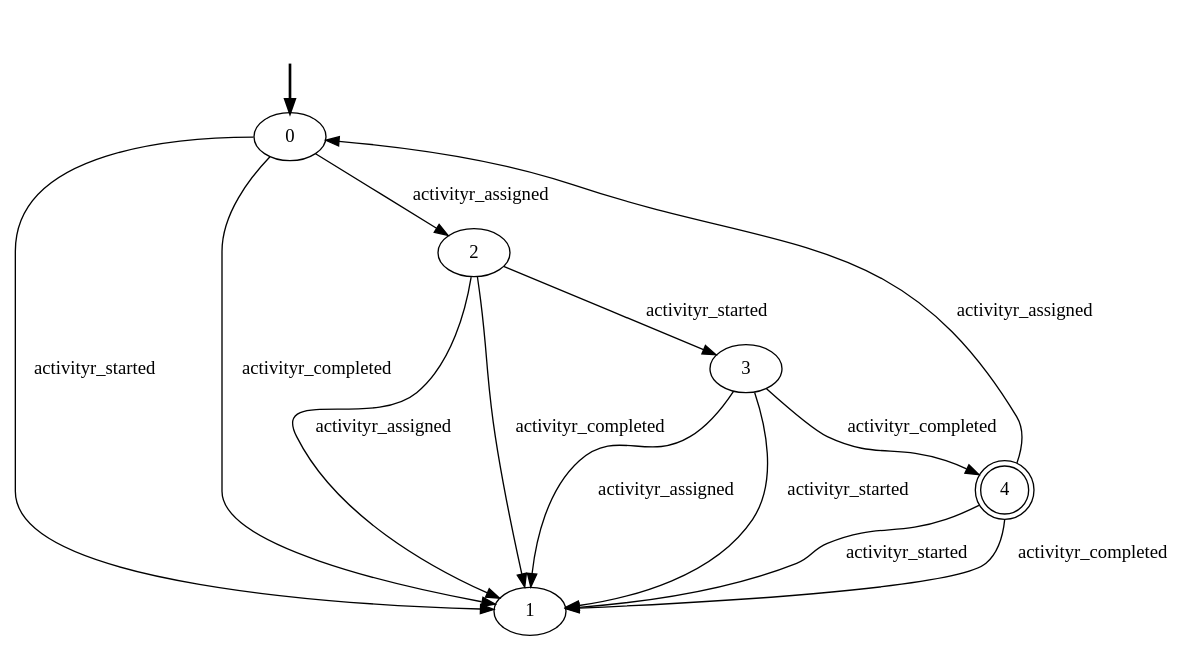
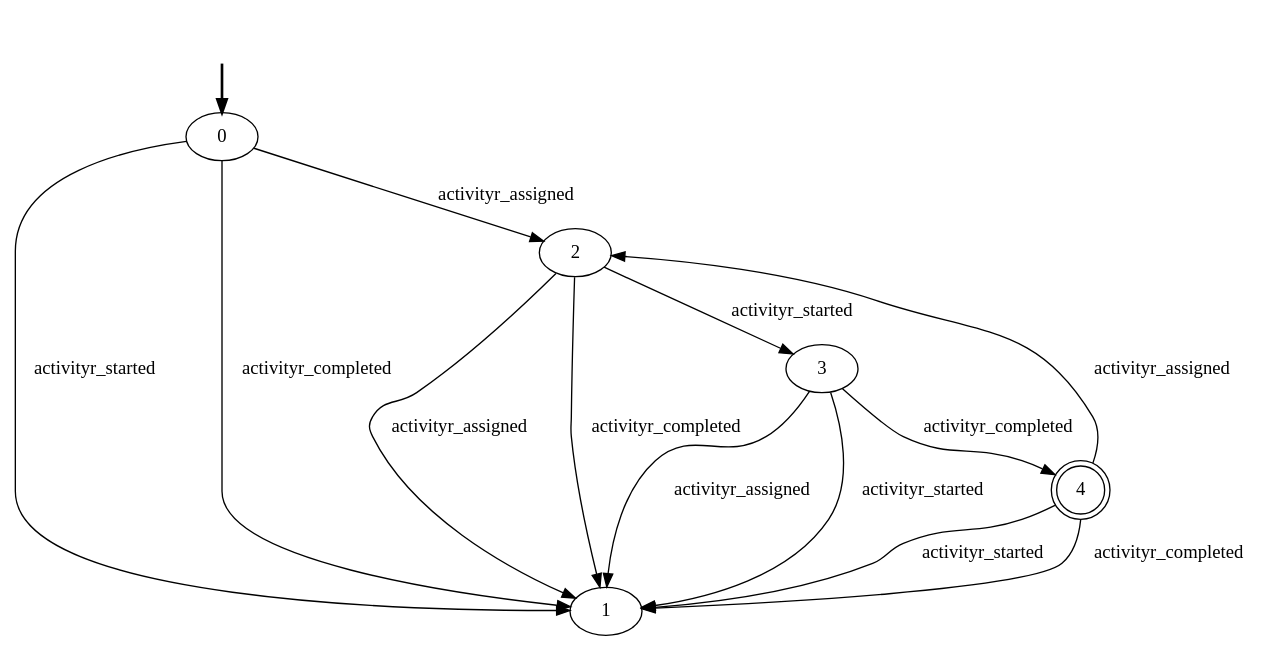
One commit to GianmarcoBordin/pddlTranslator changed the diagram in out/production/Aligner/declarative-models/Data-Aware/5-CONSTRAINTS/activityr_lifecycle.dot. Above: the diagram before and after it, drawn with Graphviz. The commit also changed 78 other files, not shown here.

```diff
--- a/out/production/Aligner/declarative-models/Data-Aware/5-CONSTRAINTS/activityr_lifecycle.dot
+++ b/out/production/Aligner/declarative-models/Data-Aware/5-CONSTRAINTS/activityr_lifecycle.dot
@@ -1,21 +1,21 @@
 digraph {
-  fake0 [style=invisible]
-  0 [root=true]
-  2
-  3
-  4 [shape=doublecircle]
-  1
-  fake0 -> 0 [style=bold]
-  0 -> 2 [label=activityr_assigned]
-  2 -> 3 [label=activityr_started]
-  3 -> 4 [label=activityr_completed]
-  4 -> 0 [label=activityr_assigned]
-  3 -> 1 [label=activityr_assigned]
-  3 -> 1 [label=activityr_started]
-  4 -> 1 [label=activityr_started]
-  4 -> 1 [label=activityr_completed]
-  2 -> 1 [label=activityr_assigned]
-  2 -> 1 [label=activityr_completed]
-  0 -> 1 [label=activityr_started]
-  0 -> 1 [label=activityr_completed]
+		fake0 [style=invisible]
+		0 [root=true]
+		1
+		2
+		3
+		4 [shape=doublecircle]
+		fake0 -> 0 [style=bold]
+		2 -> 1 [label=activityr_assigned]
+		2 -> 3 [label=activityr_started]
+		2 -> 1 [label=activityr_completed]
+		3 -> 1 [label=activityr_assigned]
+		3 -> 1 [label=activityr_started]
+		3 -> 4 [label=activityr_completed]
+		4 -> 2 [label=activityr_assigned]
+		4 -> 1 [label=activityr_started]
+		4 -> 1 [label=activityr_completed]
+		0 -> 2 [label=activityr_assigned]
+		0 -> 1 [label=activityr_started]
+		0 -> 1 [label=activityr_completed]
 }
```
